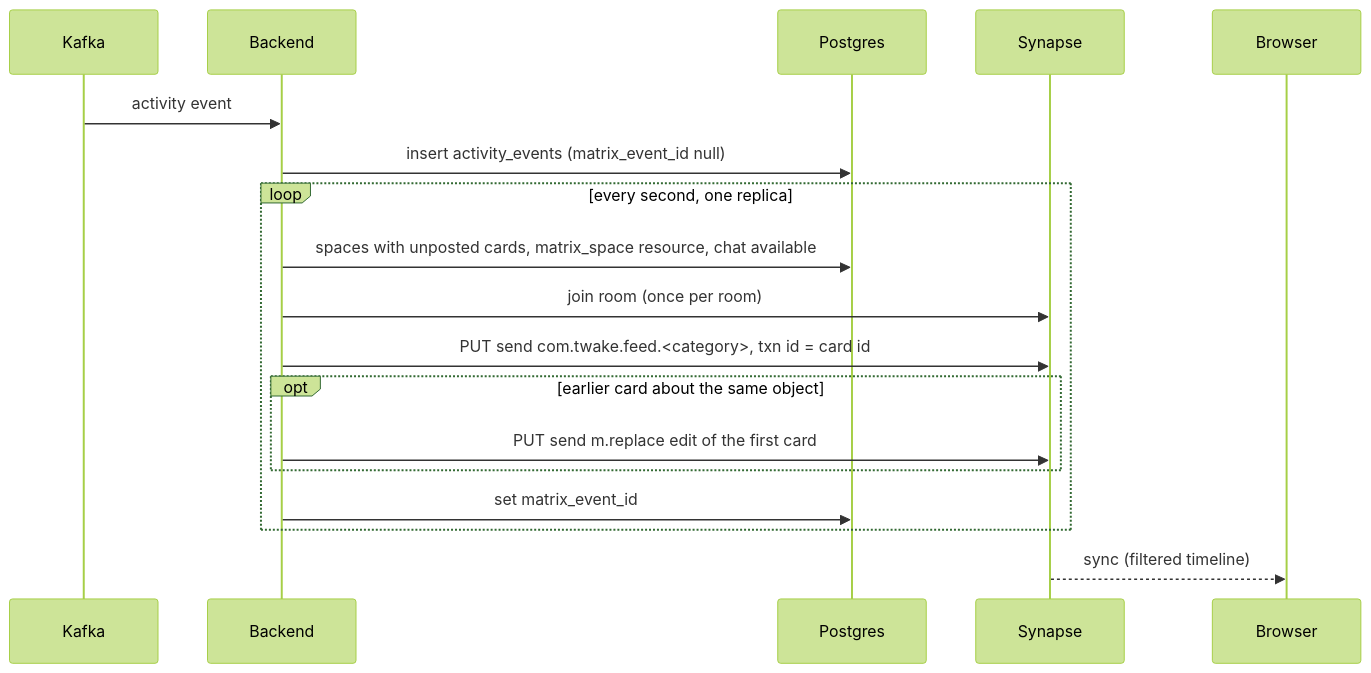
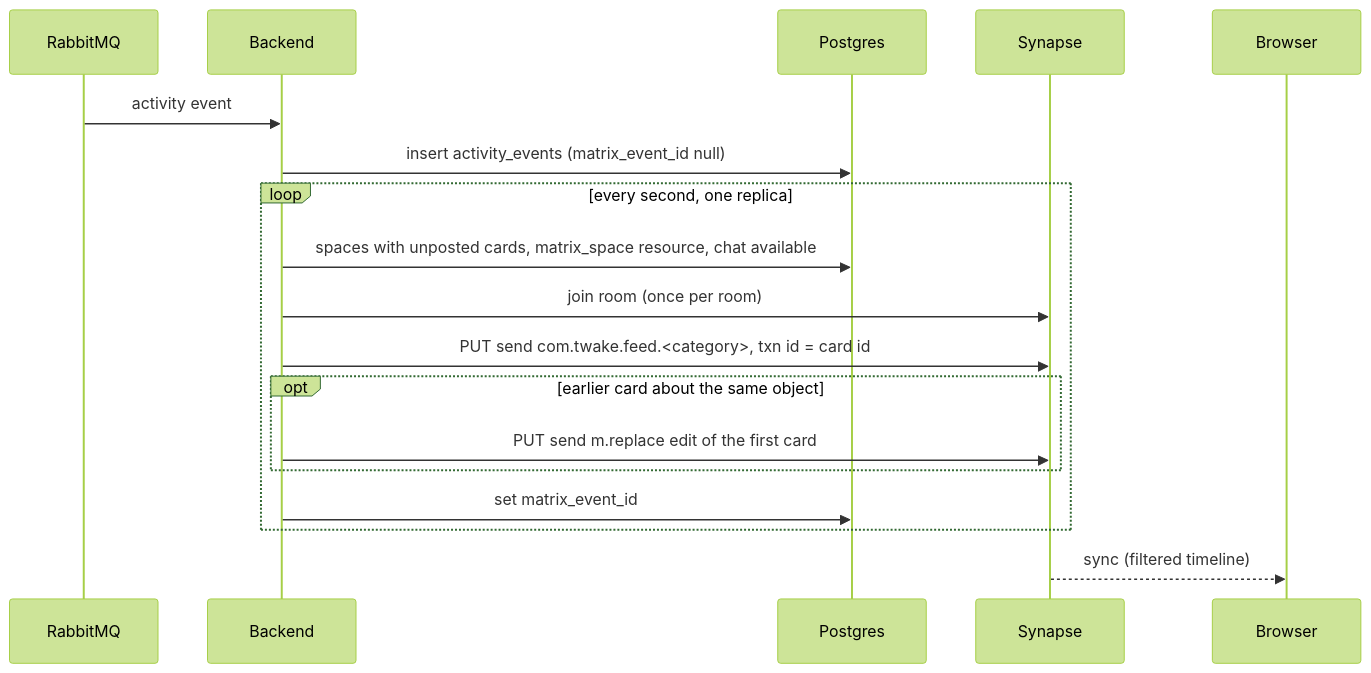
The second of 5 diagrams in docs/events.md (linagora/twake-space), drawn with Mermaid (forest theme) before and after one commit. The commit also changed other lines of this file and 4 other files, not shown here.

````diff
--- a/docs/events.md
+++ b/docs/events.md
@@ -152,20 +167,20 @@
 ```mermaid
 sequenceDiagram
-  participant K as Kafka
+  participant K as RabbitMQ
   participant BE as Backend
   participant PG as Postgres
   participant S as Synapse
   participant FE as Browser
   K->>BE: activity event
   BE->>PG: insert activity_events (matrix_event_id null)
   loop every second, one replica
     BE->>PG: spaces with unposted cards, matrix_space resource, chat available
     BE->>S: join room (once per room)
     BE->>S: PUT send com.twake.feed.<category>, txn id = card id
     opt earlier card about the same object
       BE->>S: PUT send m.replace edit of the first card
     end
     BE->>PG: set matrix_event_id
   end
   S-->>FE: sync (filtered timeline)
 ```
````
